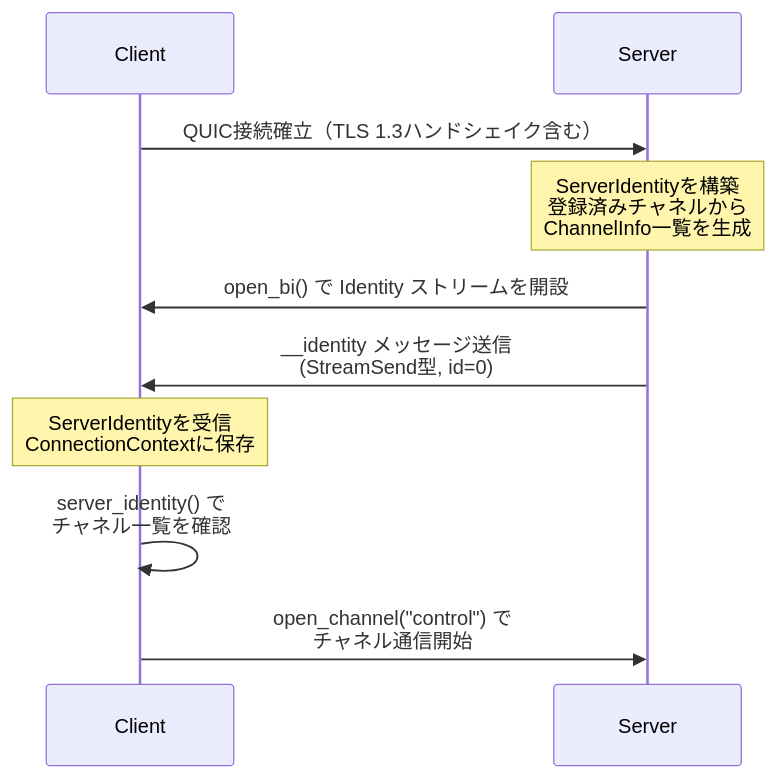
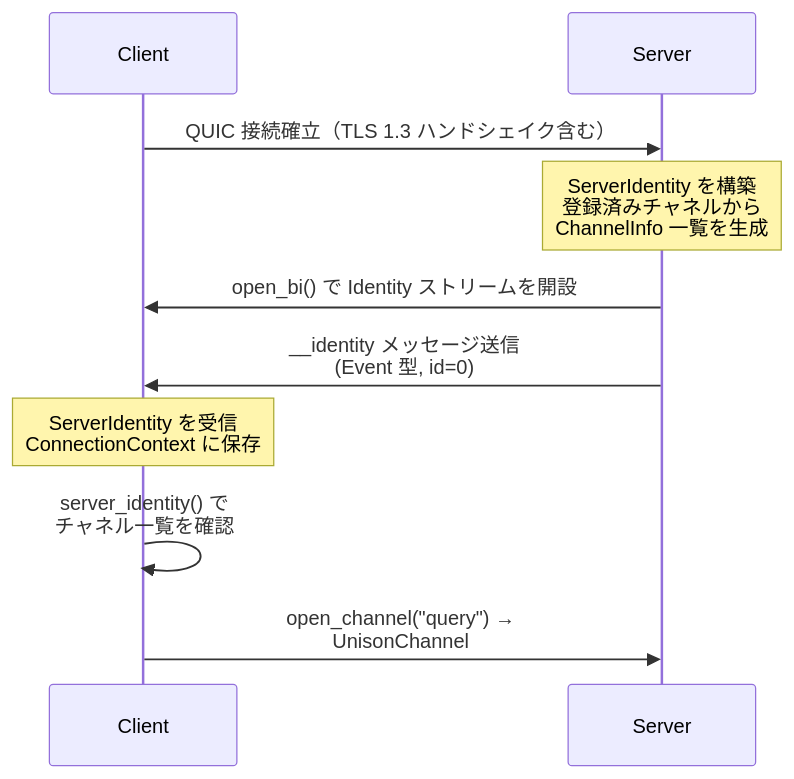
The sixth of 9 diagrams in spec/01-core-concept/SPEC.md (chronista-club/unison), drawn with Mermaid before and after one commit. The commit also changed other lines of this file and 33 other files, not shown here.

````diff
--- a/spec/01-core-concept/SPEC.md
+++ b/spec/01-core-concept/SPEC.md
@@ -318,18 +267,18 @@
 ```mermaid
 sequenceDiagram
     participant C as Client
     participant S as Server
 
-    C->>S: QUIC接続確立（TLS 1.3ハンドシェイク含む）
+    C->>S: QUIC 接続確立（TLS 1.3 ハンドシェイク含む）
 
-    Note over S: ServerIdentityを構築<br/>登録済みチャネルから<br/>ChannelInfo一覧を生成
+    Note over S: ServerIdentity を構築<br/>登録済みチャネルから<br/>ChannelInfo 一覧を生成
 
     S->>C: open_bi() で Identity ストリームを開設
-    S->>C: __identity メッセージ送信<br/>(StreamSend型, id=0)
+    S->>C: __identity メッセージ送信<br/>(Event 型, id=0)
 
-    Note over C: ServerIdentityを受信<br/>ConnectionContextに保存
+    Note over C: ServerIdentity を受信<br/>ConnectionContext に保存
 
     C->>C: server_identity() で<br/>チャネル一覧を確認
 
-    C->>S: open_channel("control") で<br/>チャネル通信開始
+    C->>S: open_channel("query") →<br/>UnisonChannel
 ```
````
